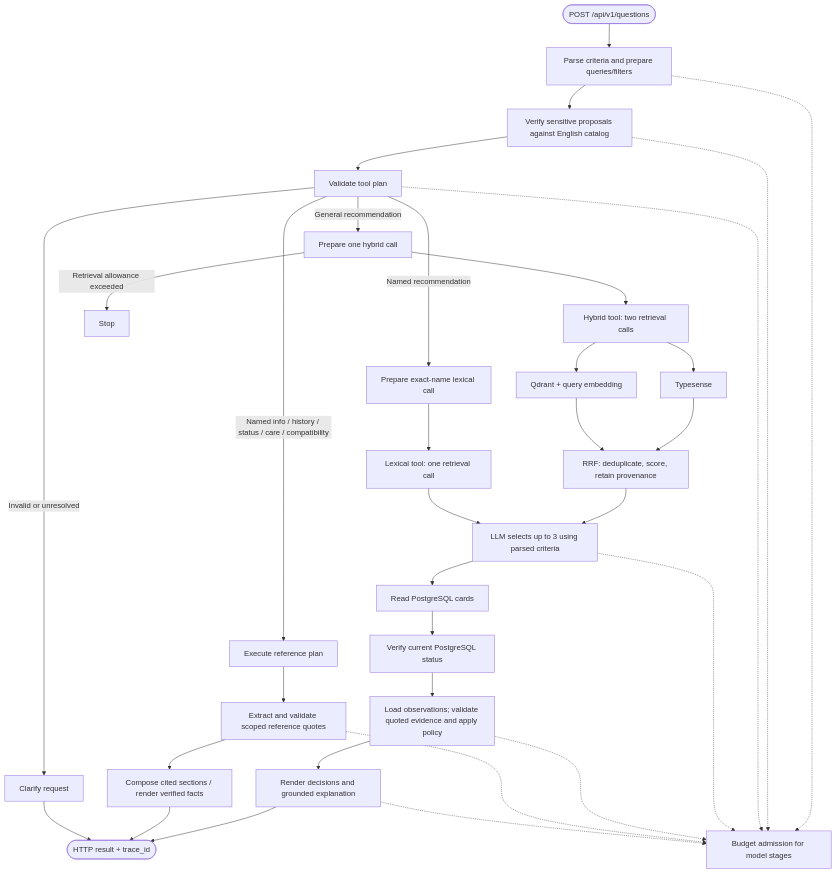
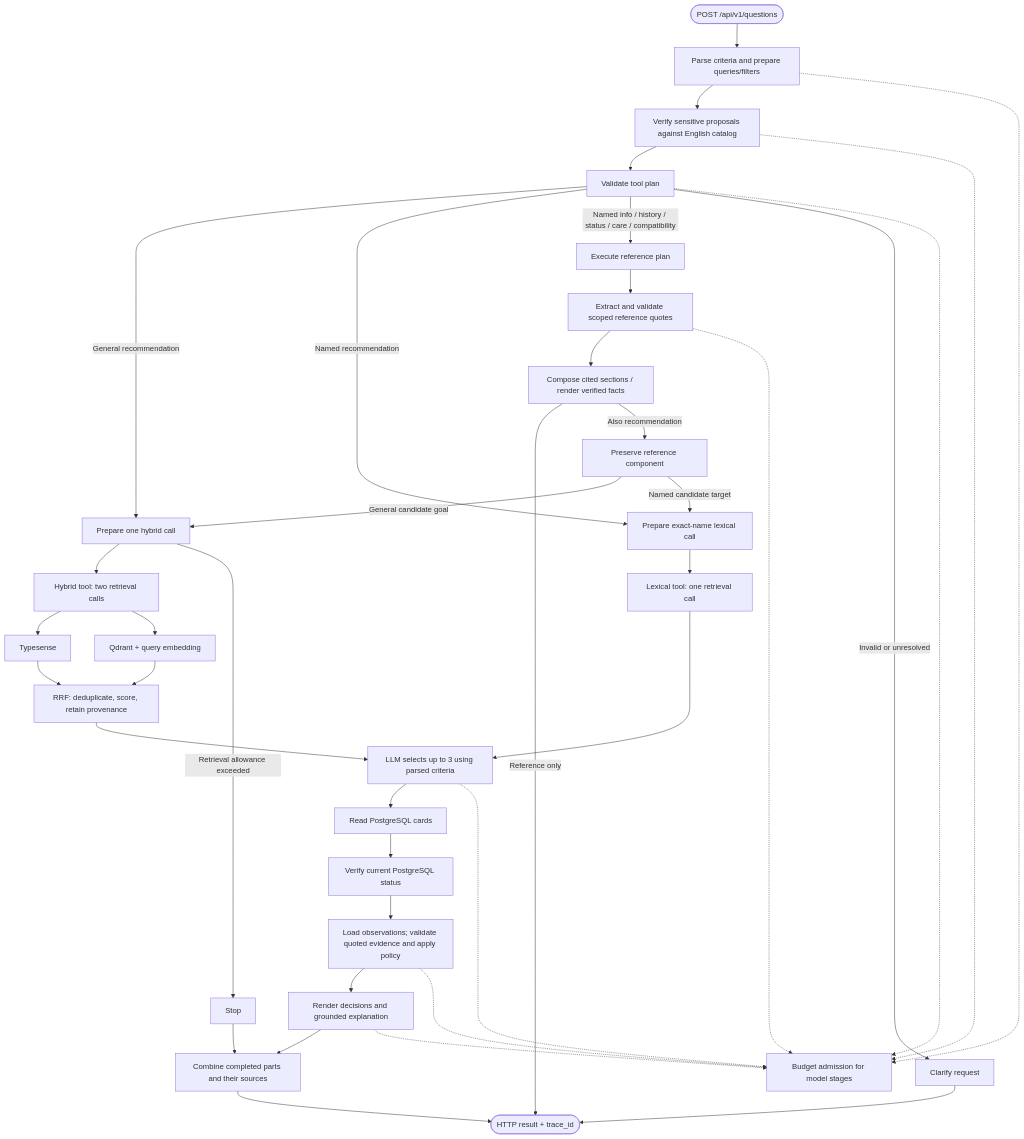
The diagram in docs/phase-2-search-workflow-diagram.md (PreChatGPTSenior/stone-shelter-assistant), drawn with Mermaid before and after one commit. The commit also changed other lines of this file and 9 other files, not shown here.

Commit message:
PY-043: execute mixed recommendation and reference goals

````diff
--- a/docs/phase-2-search-workflow-diagram.md
+++ b/docs/phase-2-search-workflow-diagram.md
@@ -3,35 +3,40 @@
 ```mermaid
 flowchart TD
     request([POST /api/v1/questions]) --> parse[Parse criteria and prepare queries/filters]
     parse --> grounding[Verify sensitive proposals against English catalog]
     grounding --> plan[Validate tool plan]
     plan -->|General recommendation| prepared[Prepare one hybrid call]
     plan -->|Named recommendation| named[Prepare exact-name lexical call]
     plan -->|Named info / history / status / care / compatibility| facts[Execute reference plan]
     plan -->|Invalid or unresolved| clarify[Clarify request]
     prepared --> hybrid[Hybrid tool: two retrieval calls]
     hybrid --> ts[Typesense]
     hybrid --> q[Qdrant + query embedding]
     ts --> rrf[RRF: deduplicate, score, retain provenance]
     q --> rrf
     named --> lexical[Lexical tool: one retrieval call]
     rrf --> select[LLM selects up to 3 using parsed criteria]
     lexical --> select
     select --> cards[Read PostgreSQL cards]
     cards --> verify[Verify current PostgreSQL status]
     verify --> evaluate[Load observations; validate quoted evidence and apply policy]
     evaluate --> answer[Render decisions and grounded explanation]
     facts --> referenceEvidence[Extract and validate scoped reference quotes]
     referenceEvidence --> reference[Compose cited sections / render verified facts]
-    answer --> result([HTTP result + trace_id])
-    reference --> result
+    answer --> combine[Combine completed parts and their sources]
+    combine --> result([HTTP result + trace_id])
+    reference -->|Reference only| result
+    reference -->|Also recommendation| saved[Preserve reference component]
+    saved -->|General candidate goal| prepared
+    saved -->|Named candidate target| named
     clarify --> result
     prepared -->|Retrieval allowance exceeded| stop[Stop]
+    stop --> combine
     parse -.-> budget[Budget admission for model stages]
     grounding -.-> budget
     plan -.-> budget
     select -.-> budget
     evaluate -.-> budget
     referenceEvidence -.-> budget
     answer -.-> budget
 ```
````
